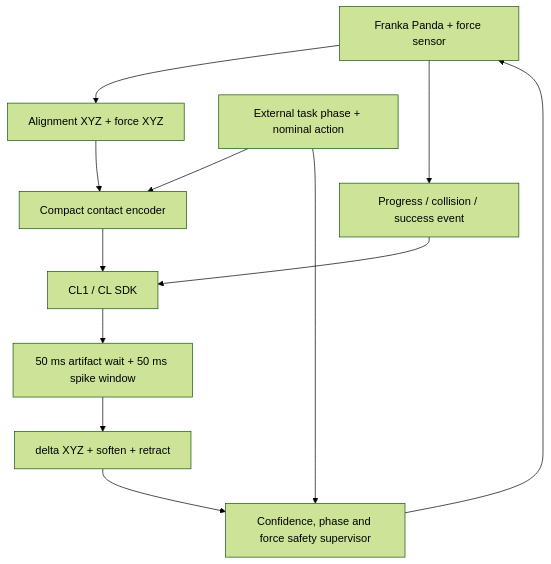
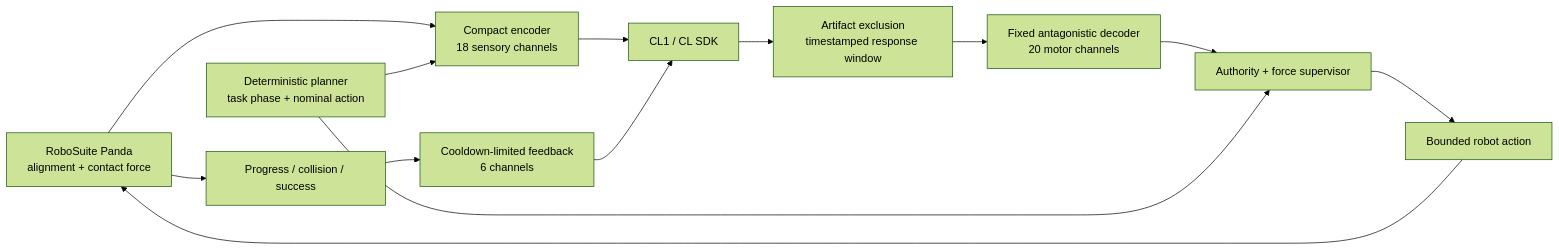
The diagram in README.md (AzurLiu/Senxe-Cerebellum), drawn with Mermaid (forest theme) before and after one commit. The commit also changed other lines of this file and 7 other files, not shown here.

First line of the commit message:
Make the contact-skill architecture the public entry point

````diff
--- a/README.md
+++ b/README.md
@@ -93,14 +56,15 @@
 ```mermaid
-graph TB
-    Robot["Franka Panda + force sensor"] --> State["Alignment XYZ + force XYZ"]
-    Planner["External task phase + nominal action"] --> Encoder["Compact contact encoder"]
-    State --> Encoder
-    Encoder --> CL1["CL1 / CL SDK"]
-    CL1 --> Window["50 ms artifact wait + 50 ms spike window"]
-    Window --> Skill["delta XYZ + soften + retract"]
-    Skill --> Safety["Confidence, phase and force safety supervisor"]
-    Planner --> Safety
-    Safety --> Robot
-    Robot --> Feedback["Progress / collision / success event"]
-    Feedback --> CL1
+flowchart LR
+    R["RoboSuite Panda<br/>alignment + contact force"] --> E["Compact encoder<br/>18 sensory channels"]
+    P["Deterministic planner<br/>task phase + nominal action"] --> E
+    E --> C["CL1 / CL SDK"]
+    C --> W["Artifact exclusion<br/>timestamped response window"]
+    W --> D["Fixed antagonistic decoder<br/>20 motor channels"]
+    D --> S["Authority + force supervisor"]
+    P --> S
+    S --> A["Bounded robot action"]
+    A --> R
+    R --> F["Progress / collision / success"]
+    F --> G["Cooldown-limited feedback<br/>6 channels"]
+    G --> C
 ```
````
